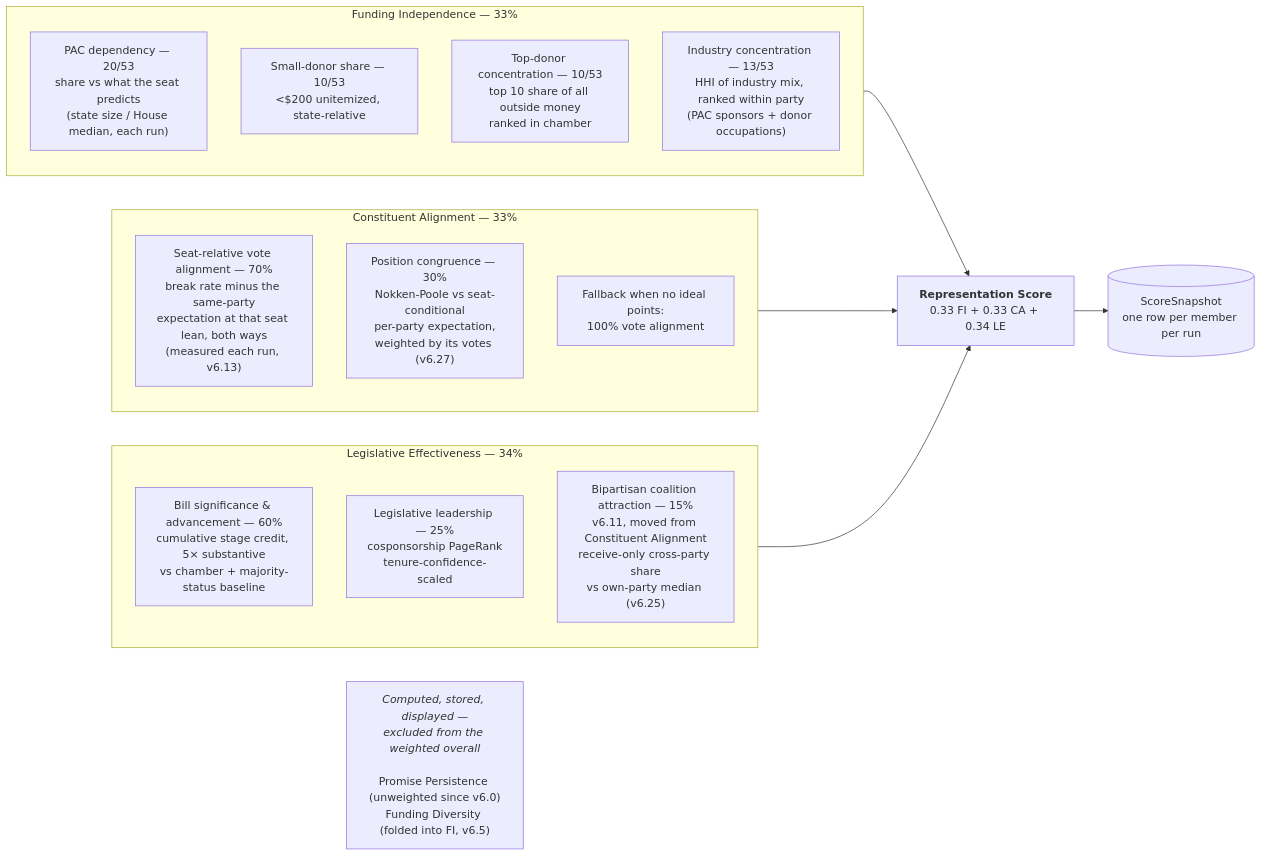
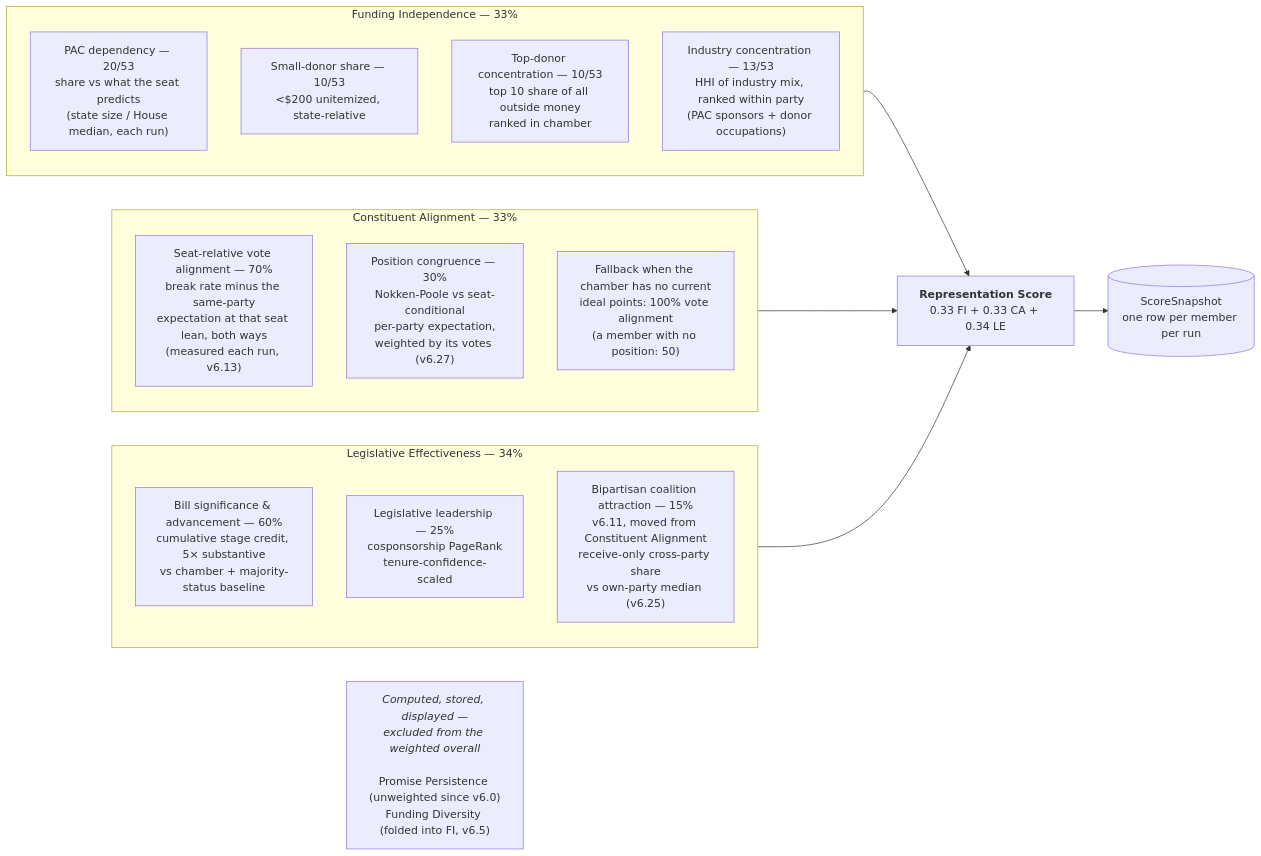
The first of 3 diagrams in docs/diagrams/05-scoring.md (kamoras/civitas), drawn with Mermaid before and after one commit. The commit also changed 7 other files, not shown here.

````diff
--- a/docs/diagrams/05-scoring.md
+++ b/docs/diagrams/05-scoring.md
@@ -17,29 +17,29 @@
 ```mermaid
 flowchart LR
     subgraph FI["Funding Independence — 33%"]
         FI1["PAC dependency — 20/53<br/>share vs what the seat predicts<br/>(state size / House median, each run)"]
         FI2["Small-donor share — 10/53<br/>&lt;$200 unitemized, state-relative"]
         FI3["Top-donor concentration — 10/53<br/>top 10 share of all outside money<br/>ranked in chamber"]
         FI5["Industry concentration — 13/53<br/>HHI of industry mix, ranked within party<br/>(PAC sponsors + donor occupations)"]
     end
 
     subgraph CA["Constituent Alignment — 33%"]
         CA1["Seat-relative vote alignment — 70%<br/>break rate minus the same-party<br/>expectation at that seat lean, both ways<br/>(measured each run, v6.13)"]
         CA2["Position congruence — 30%<br/>Nokken-Poole vs seat-conditional<br/>per-party expectation,<br/>weighted by its votes (v6.27)"]
-        CA3["Fallback when no ideal points:<br/>100% vote alignment"]
+        CA3["Fallback when the chamber has no current<br/>ideal points: 100% vote alignment<br/>(a member with no position: 50)"]
     end
 
     subgraph LE["Legislative Effectiveness — 34%"]
         LE1["Bill significance &amp; advancement — 60%<br/>cumulative stage credit, 5× substantive<br/>vs chamber + majority-status baseline"]
         LE2["Legislative leadership — 25%<br/>cosponsorship PageRank<br/>tenure-confidence-scaled"]
         LE3["Bipartisan coalition attraction — 15%<br/>v6.11, moved from Constituent Alignment<br/>receive-only cross-party share<br/>vs own-party median (v6.25)"]
     end
 
     FI --> OVERALL["<b>Representation Score</b><br/>0.33 FI + 0.33 CA + 0.34 LE"]
     CA --> OVERALL
     LE --> OVERALL
 
     OVERALL --> SNAP[("ScoreSnapshot<br/>one row per member per run")]
 
     UNW["<i>Computed, stored, displayed —<br/>excluded from the weighted overall</i><br/><br/>Promise Persistence (unweighted since v6.0)<br/>Funding Diversity (folded into FI, v6.5)"]
 ```
````
